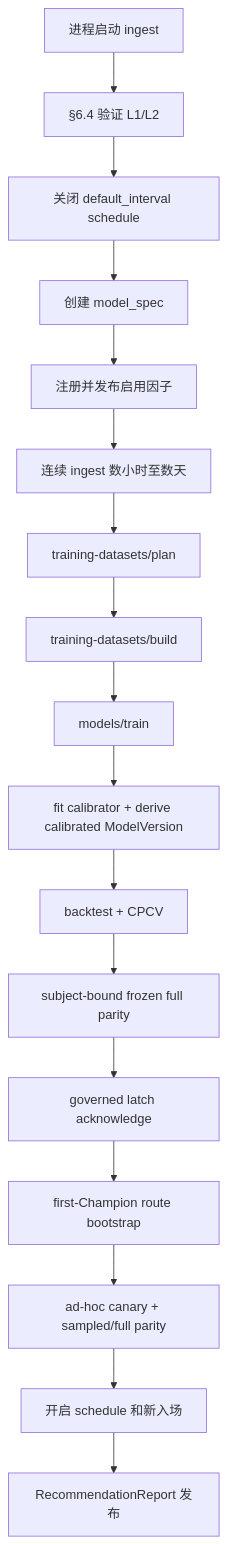
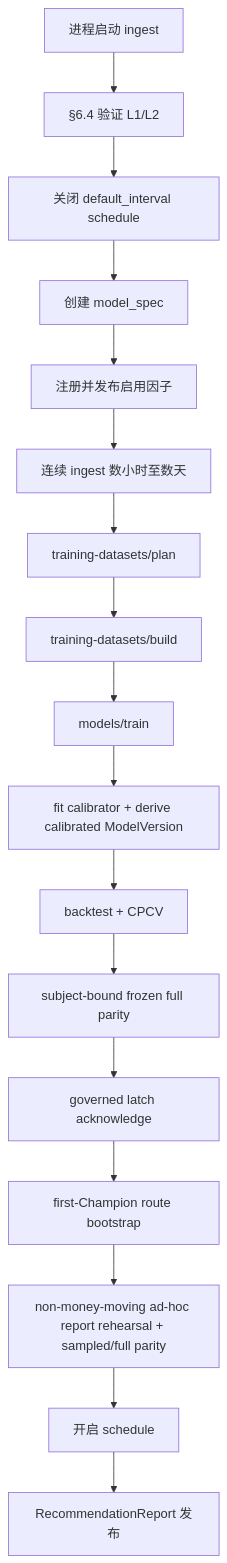
One commit to solomon-ssy/oxide-arb changed the first of 2 diagrams in docs/operations/runbook.md. Above: the diagram before and after it, drawn with Mermaid. The commit also changed other lines of this file and 563 other files, not shown here.

````diff
--- a/docs/operations/runbook.md
+++ b/docs/operations/runbook.md
@@ -828,19 +898,19 @@
 ```mermaid
 flowchart TD
     start[进程启动 ingest] --> verify[§6.4 验证 L1/L2]
     verify --> disable[关闭 default_interval schedule]
     disable --> spec[创建 model_spec]
     spec --> factors[注册并发布启用因子]
     factors --> ingest[连续 ingest 数小时至数天]
     ingest --> plan[training-datasets/plan]
     plan --> build[training-datasets/build]
     build --> train[models/train]
     train --> calibrate[fit calibrator + derive calibrated ModelVersion]
     calibrate --> validate[backtest + CPCV]
     validate --> proof[subject-bound frozen full parity]
     proof --> ack[governed latch acknowledge]
     ack --> bootstrap[first-Champion route bootstrap]
-    bootstrap --> canary[ad-hoc canary + sampled/full parity]
-    canary --> enable[开启 schedule 和新入场]
+    bootstrap --> rehearsal[non-money-moving ad-hoc report rehearsal + sampled/full parity]
+    rehearsal --> enable[开启 schedule]
     enable --> report[RecommendationReport 发布]
 ```
````
